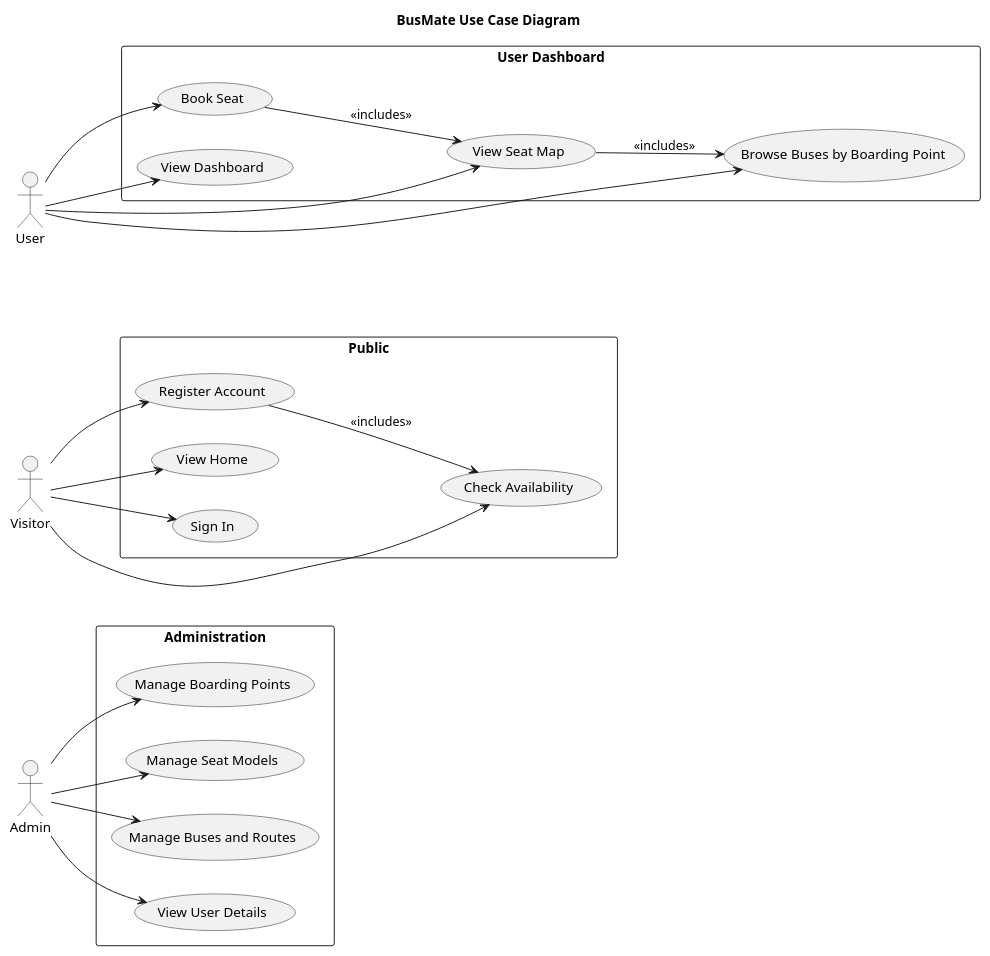
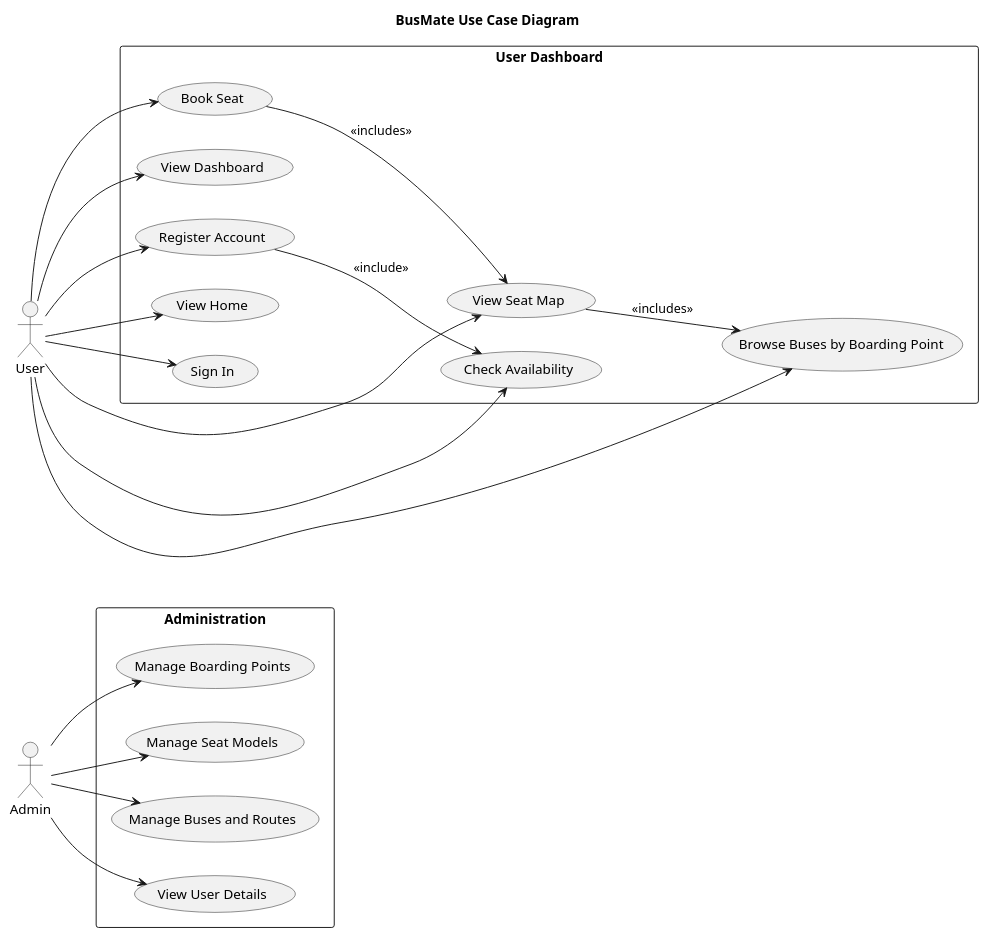
The diagram in docs/diagrams/usecase.puml (Mohamed-faaris/BusMate), drawn with PlantUML before and after one commit.

Commit message:
refactor: update use case diagram to remove Visitor actor and streamline user interactions

```diff
--- a/docs/diagrams/usecase.puml
+++ b/docs/diagrams/usecase.puml
@@ -1,35 +1,32 @@
 @startuml
 title BusMate Use Case Diagram
 left to right direction
 
 actor Admin
-actor Visitor
 actor User
 
 rectangle "Administration" {
   Admin --> (Manage Boarding Points)
   Admin --> (Manage Seat Models)
   Admin --> (Manage Buses and Routes)
   Admin --> (View User Details)
 }
 
-rectangle "Public" {
-  Visitor --> (Register Account)
-  Visitor --> (Check Availability)
-  Visitor --> (View Home)
-  Visitor --> (Sign In)
-
-  (Register Account) --> (Check Availability) : <<includes>>
-}
-
 rectangle "User Dashboard" {
+  User --> (Register Account)
+  User --> (Check Availability)
+  User --> (View Home)
+  User --> (Sign In)
   User --> (Book Seat)
   User --> (View Seat Map)
   User --> (Browse Buses by Boarding Point)
   User --> (View Dashboard)
+
+  (Register Account) --> (Check Availability) : <<include>>
+
 
   (Book Seat) --> (View Seat Map) : <<includes>>
   (View Seat Map) --> (Browse Buses by Boarding Point) : <<includes>>
 }
 
 @enduml
```
